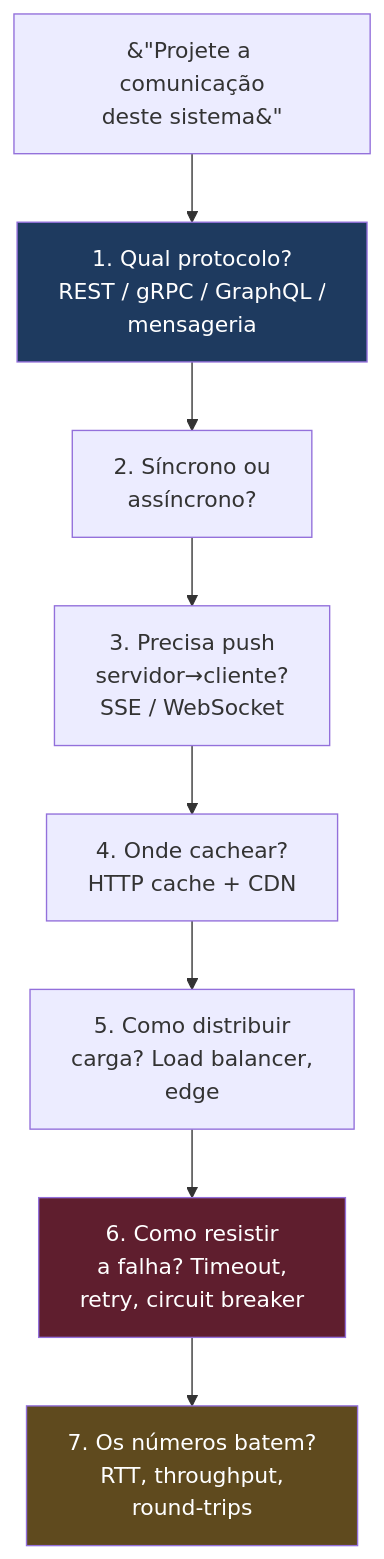
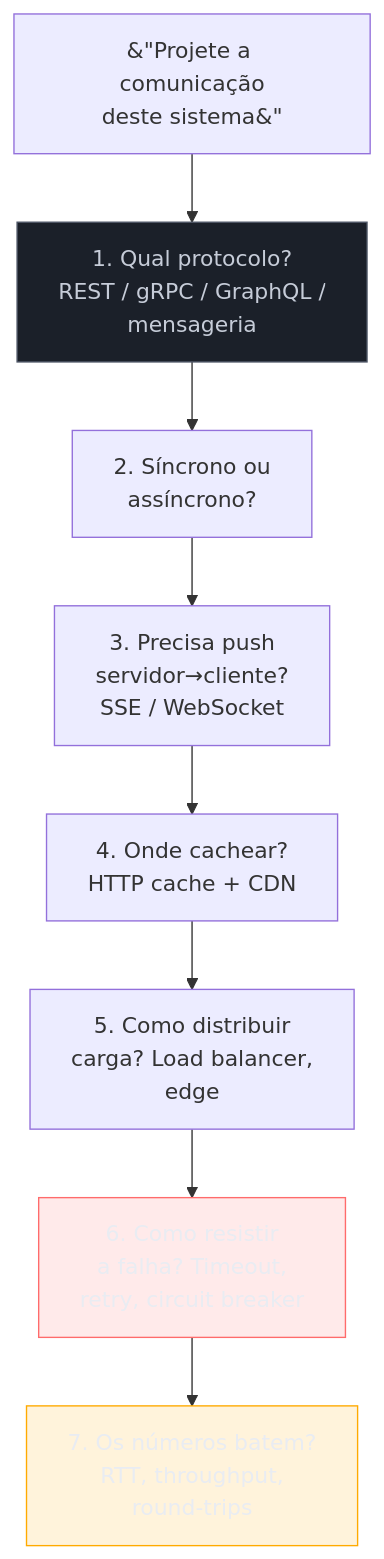
One commit to josenaldo/codex-technomanticus changed the third of 4 diagrams in 03-Dominios/Ciência/Redes e Protocolos/15 - Redes em entrevista.md. Above: the diagram before and after it, drawn with Mermaid. The commit also changed other lines of this file and 1181 other files, not shown here.

First line of the commit message:
fix(diagramas): paleta do sistema no lugar de cor cravada no markdown

````diff
--- a/03-Dominios/Ciência/Redes e Protocolos/15 - Redes em entrevista.md
+++ b/03-Dominios/Ciência/Redes e Protocolos/15 - Redes em entrevista.md
@@ -96,14 +100,17 @@
 ```mermaid
 flowchart TD
+    classDef neutro fill:#1B2029,stroke:#4E5666,color:#C6CCD8
+    classDef falha fill:#FF6B6B24,stroke:#FF6B6B,color:#E9ECF2
+    classDef destaque fill:#FFAA0024,stroke:#FFAA00,color:#E9ECF2
     START["&#34;Projete a comunicação<br/>deste sistema&#34;"] --> PROTO["1. Qual protocolo?<br/>REST / gRPC / GraphQL /<br/>mensageria"]
     PROTO --> SYNC["2. Síncrono ou<br/>assíncrono?"]
     SYNC --> PUSH["3. Precisa push<br/>servidor→cliente?<br/>SSE / WebSocket"]
     PUSH --> CACHE["4. Onde cachear?<br/>HTTP cache + CDN"]
     CACHE --> LB["5. Como distribuir<br/>carga? Load balancer,<br/>edge"]
     LB --> RESIL["6. Como resistir<br/>a falha? Timeout,<br/>retry, circuit breaker"]
     RESIL --> NUM["7. Os números batem?<br/>RTT, throughput,<br/>round-trips"]
 
-    style PROTO fill:#1e3a5f,color:#fff
-    style RESIL fill:#5f1e2e,color:#fff
-    style NUM fill:#5f4a1e,color:#fff
+    class PROTO neutro
+    class RESIL falha
+    class NUM destaque
 ```
````
